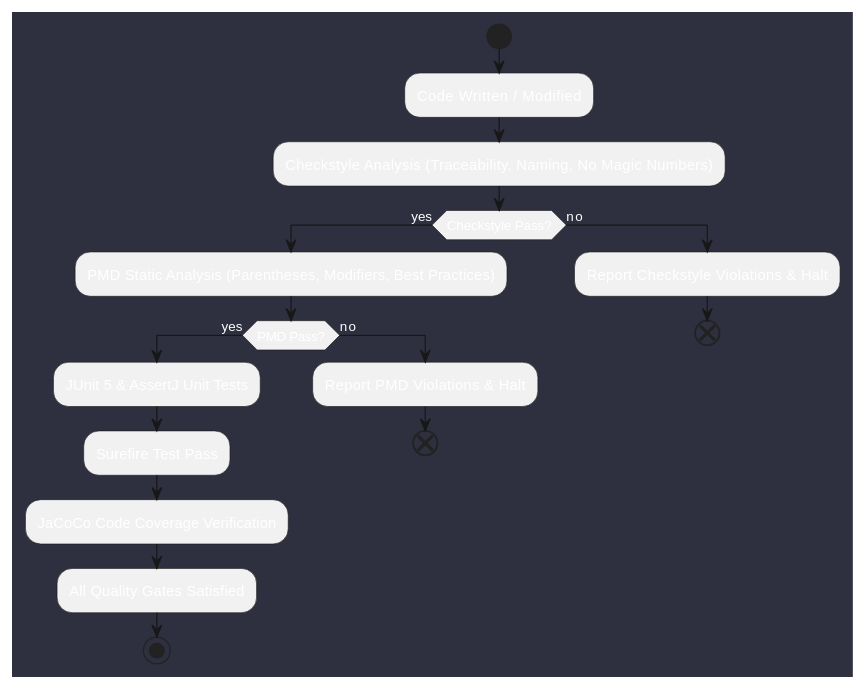
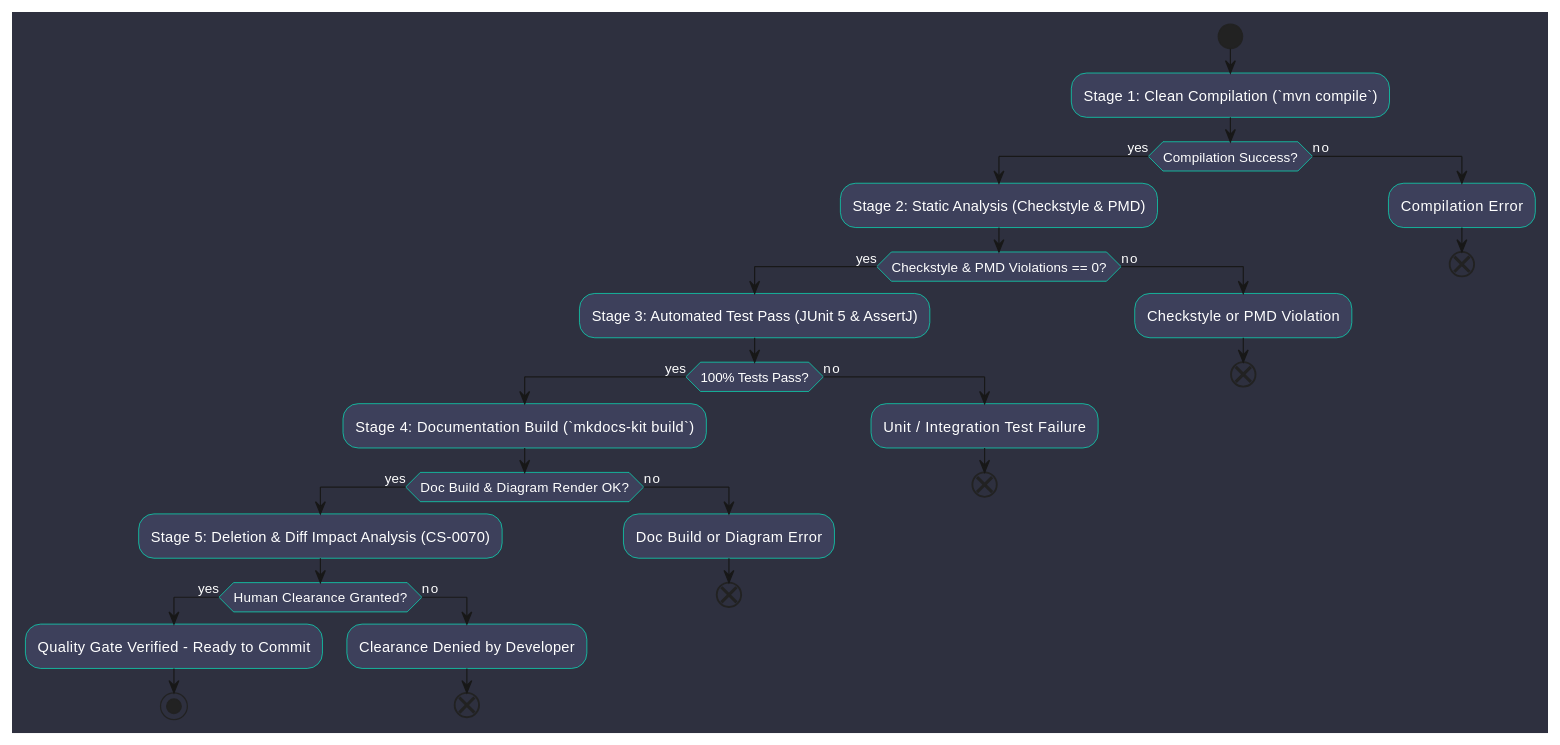
The diagram in doc/docs/quality/quality_index.md (mlecabellec/omniwrench), drawn with PlantUML before and after one commit. The commit also changed other lines of this file and 2 other files, not shown here.

Commit message:
docs(quality): add ADR-0024 to ADR-0028, JavaParser AST, dual distribution, and 5-stage verification gate [WIP]
- Added ADR-0024: JavaParser as Core Static Analysis & AST Refactoring Engine
- Added ADR-0025: Dual Distribution Packaging (GraalVM Native Image + Executable Fat JAR)
- Added ADR-0026: Built-in Interactive Neon Diff Viewer with Hunk-by-Hunk Control
- Added ADR-0027: Hybrid Local BM25 and Embedded Vector RAG
- Added ADR-0028: Comprehensive 5-Stage Verification and Quality Gate Protocol
- Updated quality assurance index with 5-stage verification activity diagram
- Fixed PlantUML syntax in technical reports for 100% mkdocs-kit build compatibility
- Verified clean build and full test execution pass

````diff
--- a/doc/docs/quality/quality_index.md
+++ b/doc/docs/quality/quality_index.md
@@ -5,26 +5,42 @@
 ```plantuml
 @startuml
 skinparam backgroundColor #2e303f
 skinparam defaultFontColor #ffffff
+skinparam ActivityBackgroundColor #3d405b
+skinparam ActivityBorderColor #00ffcc
 
 start
-:Code Written / Modified;
-:Checkstyle Analysis (Traceability, Naming, No Magic Numbers);
-if (Checkstyle Pass?) then (yes)
-  :PMD Static Analysis (Parentheses, Modifiers, Best Practices);
-  if (PMD Pass?) then (yes)
-    :JUnit 5 & AssertJ Unit Tests;
-    :Surefire Test Pass;
-    :JaCoCo Code Coverage Verification;
-    :All Quality Gates Satisfied;
-    stop
+:Stage 1: Clean Compilation (`mvn compile`);
+if (Compilation Success?) then (yes)
+  :Stage 2: Static Analysis (Checkstyle & PMD);
+  if (Checkstyle & PMD Violations == 0?) then (yes)
+    :Stage 3: Automated Test Pass (JUnit 5 & AssertJ);
+    if (100% Tests Pass?) then (yes)
+      :Stage 4: Documentation Build (`mkdocs-kit build`);
+      if (Doc Build & Diagram Render OK?) then (yes)
+        :Stage 5: Deletion & Diff Impact Analysis (CS-0070);
+        if (Human Clearance Granted?) then (yes)
+          :Quality Gate Verified - Ready to Commit;
+          stop
+        else (no)
+          :Clearance Denied by Developer;
+          end
+        endif
+      else (no)
+        :Doc Build or Diagram Error;
+        end
+      endif
+    else (no)
+      :Unit / Integration Test Failure;
+      end
+    endif
   else (no)
-    :Report PMD Violations & Halt;
+    :Checkstyle or PMD Violation;
     end
   endif
 else (no)
-  :Report Checkstyle Violations & Halt;
+  :Compilation Error;
   end
 endif
 @enduml
 ```
````
